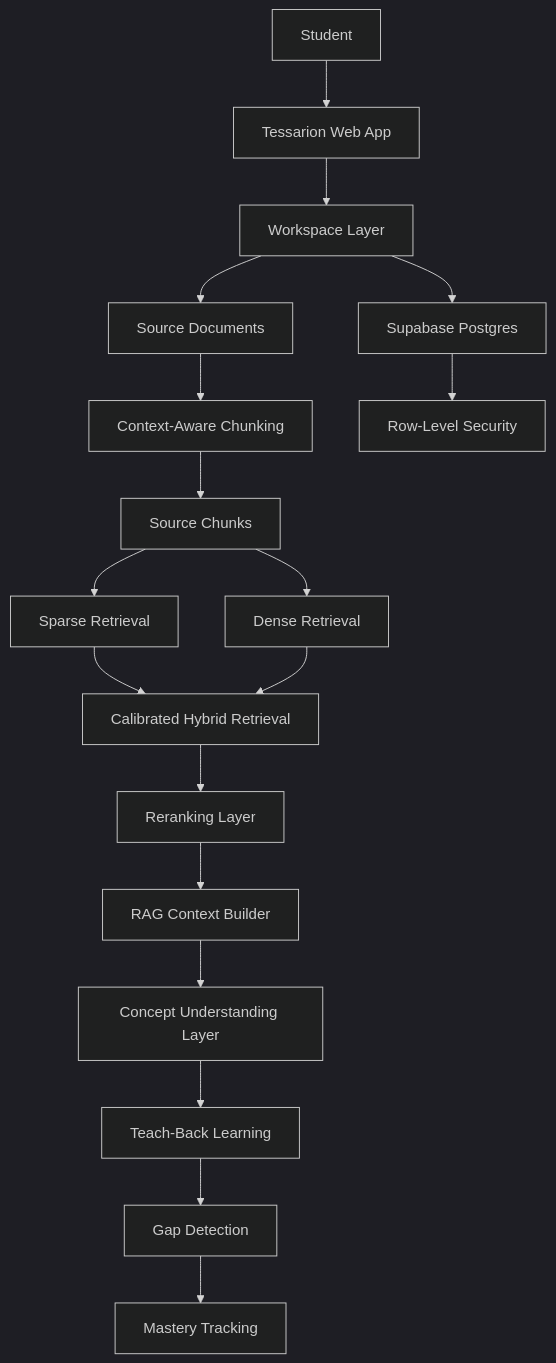
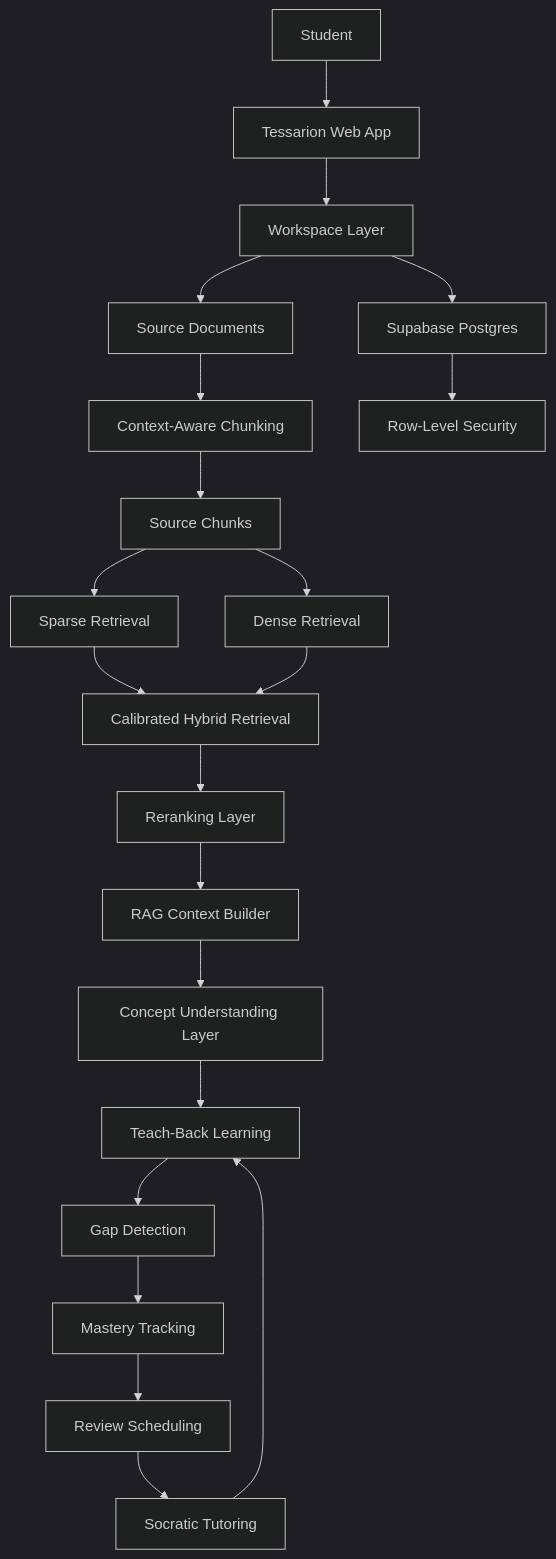
One commit to Dhruvg334/Tessarion changed the first of 7 diagrams in README.md. Above: the diagram before and after it, drawn with Mermaid (dark theme). The commit also changed other lines of this file and 16 other files, not shown here.

````diff
--- a/README.md
+++ b/README.md
@@ -82,23 +86,26 @@
 ```mermaid
 flowchart TD
     A[Student] --> B[Tessarion Web App]
     B --> C[Workspace Layer]
     C --> D[Source Documents]
     D --> E[Context-Aware Chunking]
     E --> F[Source Chunks]
 
     F --> G[Sparse Retrieval]
     F --> H[Dense Retrieval]
     G --> I[Calibrated Hybrid Retrieval]
     H --> I
     I --> J[Reranking Layer]
     J --> K[RAG Context Builder]
 
     K --> L[Concept Understanding Layer]
     L --> M[Teach-Back Learning]
     M --> N[Gap Detection]
     N --> O[Mastery Tracking]
+    O --> R[Review Scheduling]
+    R --> T[Socratic Tutoring]
+    T --> M
 
     C --> P[Supabase Postgres]
     P --> Q[Row-Level Security]
 ```
````
